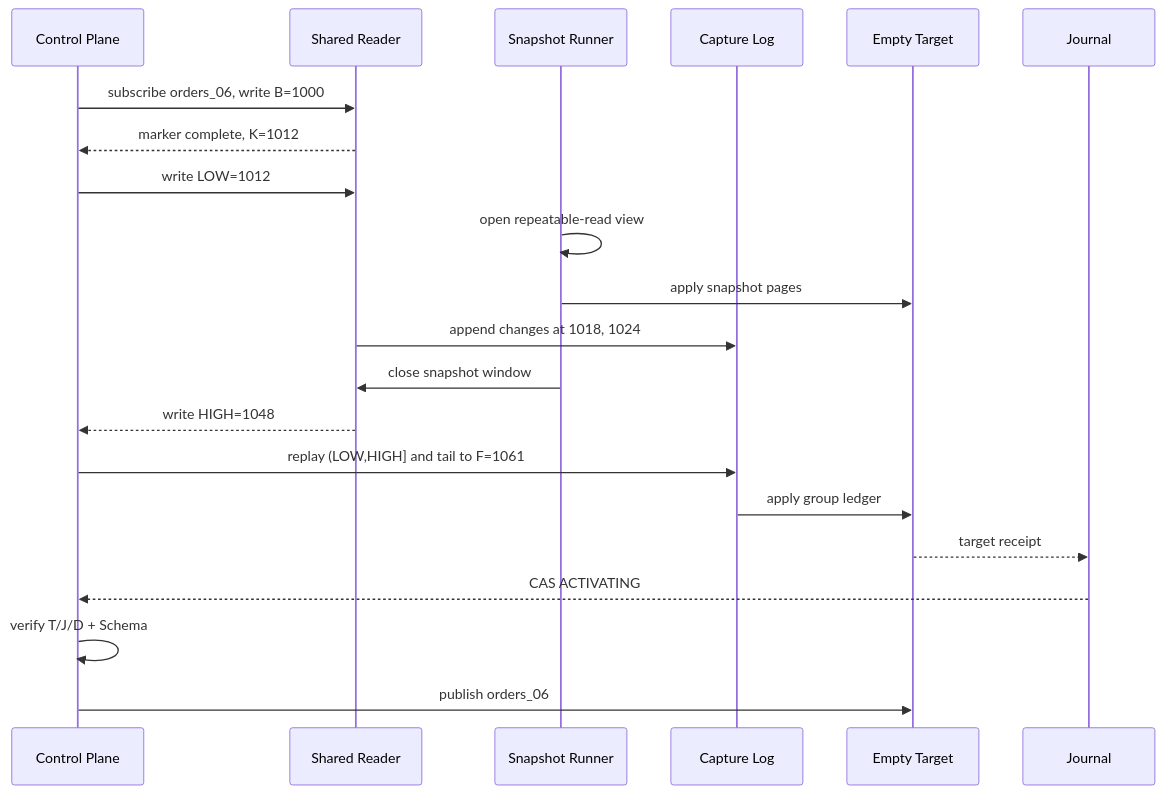
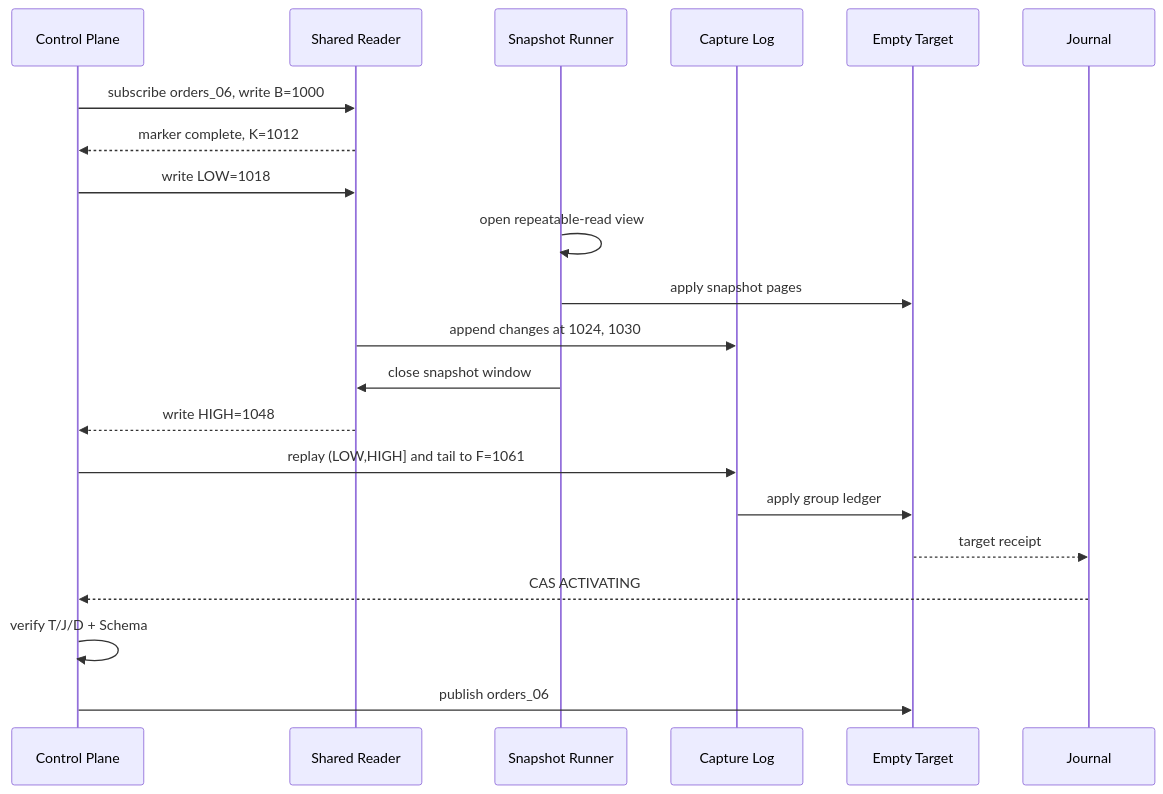
One commit to Xuxiaotuan/Xuxiaotuan.github.io changed the second of 2 diagrams in _posts/pekko/2026-10-18-pekko-cdc-4-protocol-design.md. Above: the diagram before and after it, drawn with Mermaid. The commit also changed other lines of this file and 4 other files, not shown here.

Commit message:
docs: reconcile CDC watermarks with source flow

````diff
--- a/_posts/pekko/2026-10-18-pekko-cdc-4-protocol-design.md
+++ b/_posts/pekko/2026-10-18-pekko-cdc-4-protocol-design.md
@@ -107,23 +107,23 @@
 ```mermaid
 sequenceDiagram
     participant C as Control Plane
     participant R as Shared Reader
     participant S as Snapshot Runner
     participant L as Capture Log
     participant T as Empty Target
     participant J as Journal
     C->>R: subscribe orders_06, write B=1000
     R-->>C: marker complete, K=1012
-    C->>R: write LOW=1012
+    C->>R: write LOW=1018
     S->>S: open repeatable-read view
     S->>T: apply snapshot pages
-    R->>L: append changes at 1018, 1024
+    R->>L: append changes at 1024, 1030
     S->>R: close snapshot window
     R-->>C: write HIGH=1048
     C->>L: replay (LOW,HIGH] and tail to F=1061
     L->>T: apply group ledger
     T-->>J: target receipt
     J-->>C: CAS ACTIVATING
     C->>C: verify T/J/D + Schema
     C->>T: publish orders_06
 ```
````
